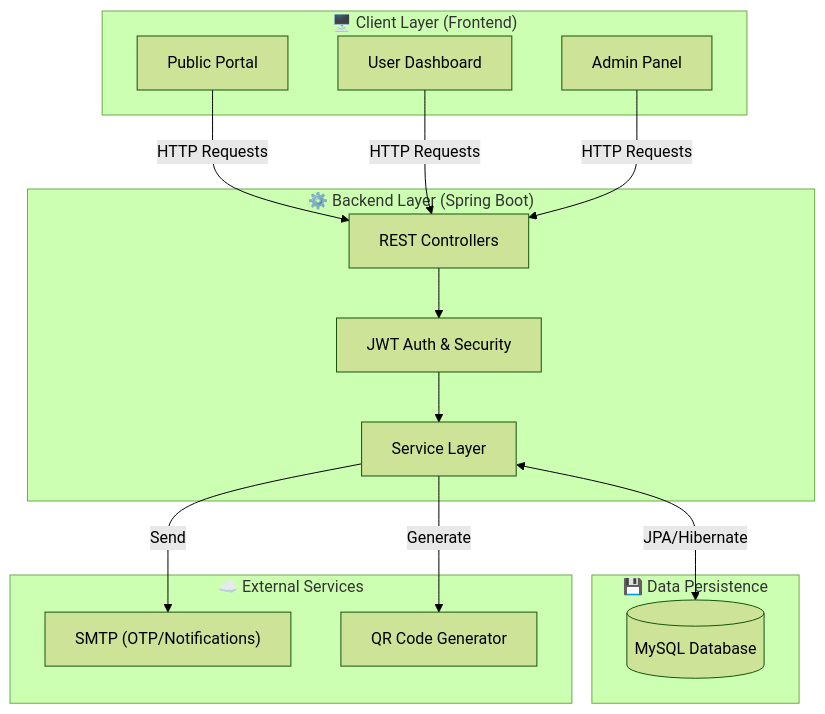
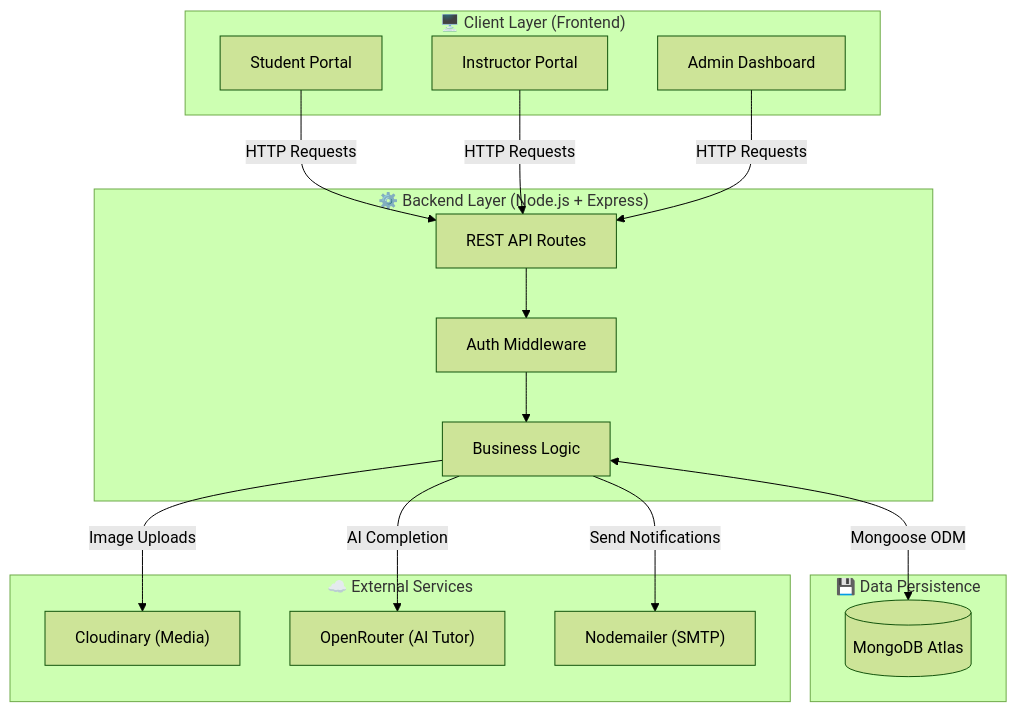
The first of 2 diagrams in README.md (SasinduDenuwan/NovaEdu-LMS), drawn with Mermaid (forest theme) before and after one commit. The commit also changed other lines of this file, not shown here.

````diff
--- a/README.md
+++ b/README.md
@@ -36,35 +42,37 @@
 ```mermaid
 graph TD
     subgraph Client ["🖥️ Client Layer (Frontend)"]
-        Public["Public Portal"]
-        User["User Dashboard"]
-        Admin["Admin Panel"]
+        Student["Student Portal"]
+        Instructor["Instructor Portal"]
+        Admin["Admin Dashboard"]
     end
 
-    subgraph Server ["⚙️ Backend Layer (Spring Boot)"]
-        Controller["REST Controllers"]
-        Service["Service Layer"]
-        Security["JWT Auth & Security"]
+    subgraph Server ["⚙️ Backend Layer (Node.js + Express)"]
+        API["REST API Routes"]
+        Auth["Auth Middleware"]
+        Controllers["Business Logic"]
     end
 
     subgraph Data ["💾 Data Persistence"]
-        DB[("MySQL Database")]
+        DB[("MongoDB Atlas")]
     end
 
     subgraph External ["☁️ External Services"]
-        Email["SMTP (OTP/Notifications)"]
-        QRCode["QR Code Generator"]
+        Cloudinary["Cloudinary (Media)"]
+        AI["OpenRouter (AI Tutor)"]
+        Email["Nodemailer (SMTP)"]
     end
 
-    Public -->|HTTP Requests| Controller
-    User -->|HTTP Requests| Controller
-    Admin -->|HTTP Requests| Controller
+    Student -->|HTTP Requests| API
+    Instructor -->|HTTP Requests| API
+    Admin -->|HTTP Requests| API
     
-    Controller --> Security
-    Security --> Service
+    API --> Auth
+    Auth --> Controllers
     
-    Service <-->|JPA/Hibernate| DB
+    Controllers <-->|Mongoose ODM| DB
     
-    Service -->|Generate| QRCode
-    Service -->|Send| Email
+    Controllers -->|Image Uploads| Cloudinary
+    Controllers -->|AI Completion| AI
+    Controllers -->|Send Notifications| Email
 ```
````
